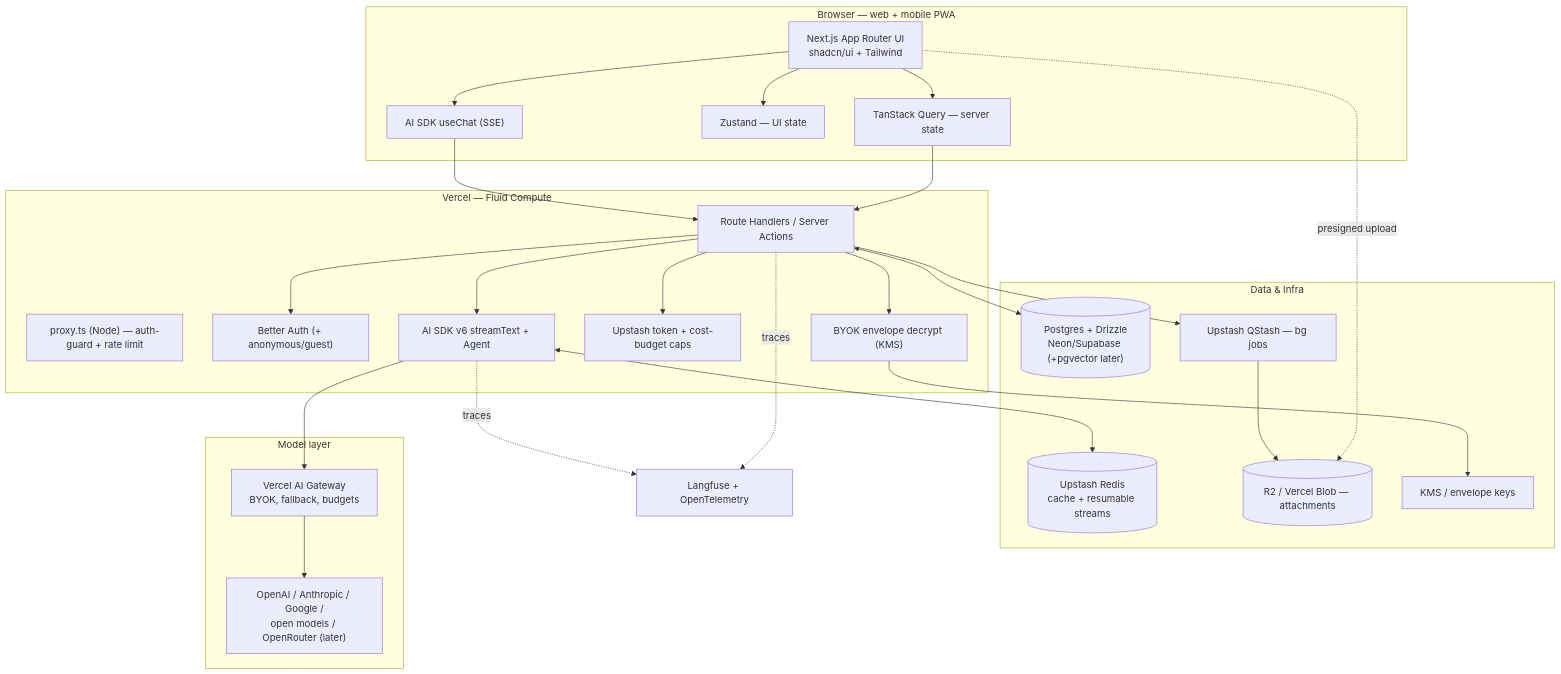
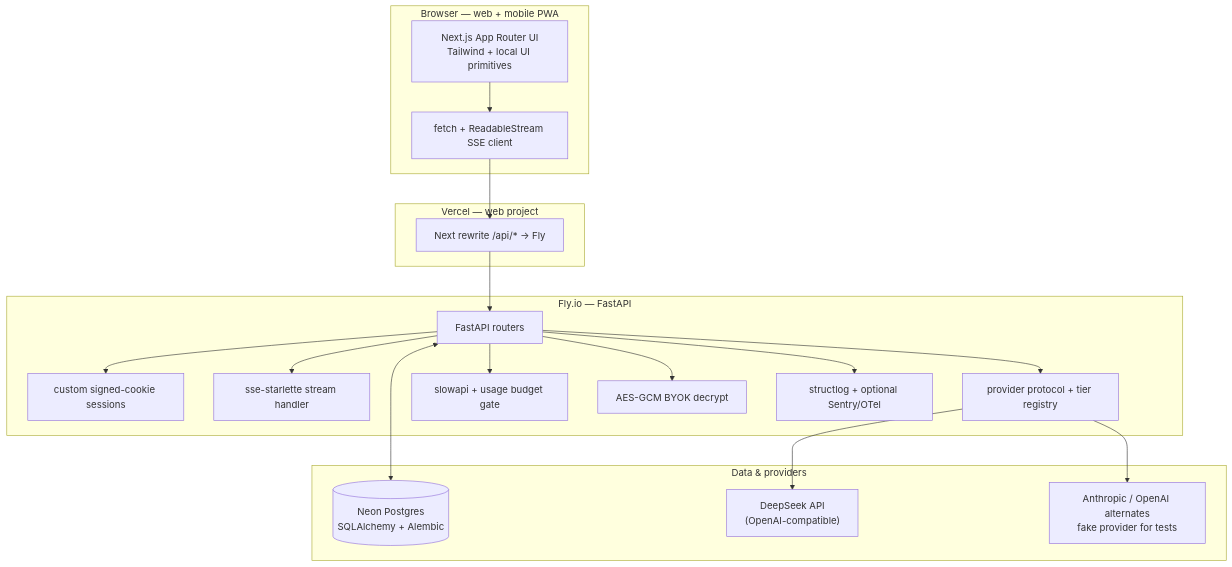
One commit to zhuocun/agent changed the diagram in docs/prd/04-technical-architecture.md. Above: the diagram before and after it, drawn with Mermaid. The commit also changed other lines of this file and 19 other files, not shown here.

First line of the commit message:
Align housekeeping docs with shipped architecture

````diff
--- a/docs/prd/04-technical-architecture.md
+++ b/docs/prd/04-technical-architecture.md
@@ -52,47 +56,38 @@
 ```mermaid
 flowchart TD
     subgraph Client["Browser — web + mobile PWA"]
-        UI["Next.js App Router UI<br/>shadcn/ui + Tailwind"]
-        UC["AI SDK useChat (SSE)"]
-        ST["Zustand — UI state"]
-        RQ["TanStack Query — server state"]
+        UI["Next.js App Router UI<br/>Tailwind + local UI primitives"]
+        SC["fetch + ReadableStream SSE client"]
     end
 
-    subgraph Edge["Vercel — Fluid Compute"]
-        RT["Route Handlers / Server Actions"]
-        PROXY["proxy.ts (Node) — auth-guard + rate limit"]
-        AUTH["Better Auth (+ anonymous/guest)"]
-        AISDK["AI SDK v6 streamText + Agent"]
-        RL["Upstash token + cost-budget caps"]
-        ENC["BYOK envelope decrypt (KMS)"]
+    subgraph Vercel["Vercel — web project"]
+        NEXT["Next rewrite /api/* -> Fly"]
     end
 
-    subgraph Data["Data & Infra"]
-        PG[("Postgres + Drizzle<br/>Neon/Supabase (+pgvector later)")]
-        REDIS[("Upstash Redis<br/>cache + resumable streams")]
-        QSTASH["Upstash QStash — bg jobs"]
-        BLOB[("R2 / Vercel Blob — attachments")]
-        KMS["KMS / envelope keys"]
+    subgraph Fly["Fly.io — FastAPI"]
+        API["FastAPI routers"]
+        AUTH["custom signed-cookie sessions"]
+        STREAM["sse-starlette stream handler"]
+        PROVIDERS["provider protocol + tier registry"]
+        LIMITS["slowapi + usage budget gate"]
+        BYOK["AES-GCM BYOK decrypt"]
+        OBS["structlog + optional Sentry/OTel"]
     end
 
-    subgraph AI["Model layer"]
-        GW["Vercel AI Gateway<br/>BYOK, fallback, budgets"]
-        PROV["OpenAI / Anthropic / Google /<br/>open models / OpenRouter (later)"]
+    subgraph Data["Data & providers"]
+        PG[("Neon Postgres<br/>SQLAlchemy + Alembic")]
+        DS["DeepSeek API<br/>(OpenAI-compatible)"]
+        ALT["Anthropic / OpenAI alternates<br/>fake provider for tests"]
     end
 
-    OBS["Langfuse + OpenTelemetry"]
-
-    UI --> UC --> RT
-    UI --> RQ --> RT
-    UI --> ST
-    RT --> AUTH
-    RT --> RL
-    RT --> ENC --> KMS
-    RT --> AISDK --> GW --> PROV
-    RT <--> PG
-    AISDK <--> REDIS
-    RT --> QSTASH --> BLOB
-    UI -. presigned upload .-> BLOB
-    AISDK -. traces .-> OBS
-    RT -. traces .-> OBS
+    UI --> SC --> NEXT --> API
+    API --> AUTH
+    API --> STREAM
+    API --> PROVIDERS
+    API --> LIMITS
+    API --> BYOK
+    API --> OBS
+    API <--> PG
+    PROVIDERS --> DS
+    PROVIDERS --> ALT
 ```
````
